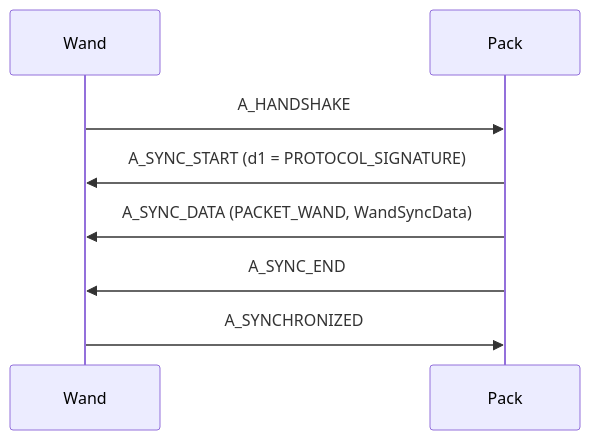
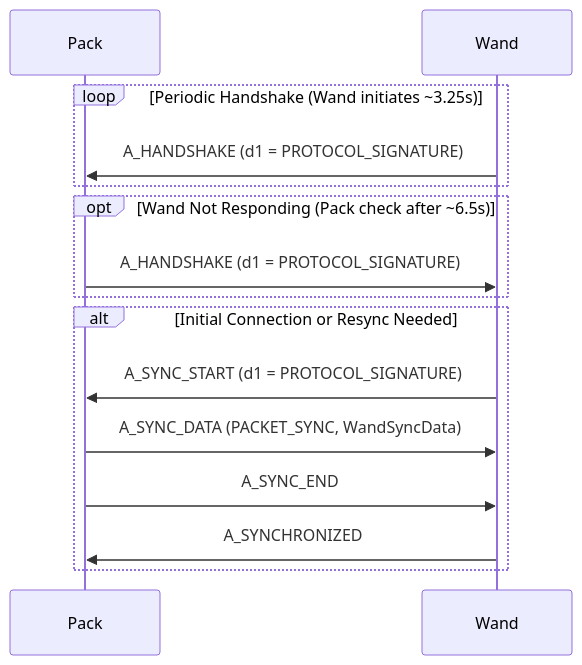
The second of 5 diagrams in source/SharedLib/Communication/API_SEQUENCES.md (GPStarTechnologies/GPStar-Core-Source), drawn with Mermaid before and after one commit. The commit also changed other lines of this file and 30 other files, not shown here.

Commit message:
Update flows, reduce duplicated commands

````diff
--- a/source/SharedLib/Communication/API_SEQUENCES.md
+++ b/source/SharedLib/Communication/API_SEQUENCES.md
@@ -23,11 +29,20 @@
 ```mermaid
 sequenceDiagram
+		participant P as Pack
 		participant W as Wand
-		participant P as Pack
 
-		W->>P: A_HANDSHAKE
-		P->>W: A_SYNC_START (d1 = PROTOCOL_SIGNATURE)
-		P->>W: A_SYNC_DATA (PACKET_WAND, WandSyncData)
-		P->>W: A_SYNC_END
-		W->>P: A_SYNCHRONIZED
+		loop Periodic Handshake (Wand initiates ~3.25s)
+			W->>P: A_HANDSHAKE (d1 = PROTOCOL_SIGNATURE)
+		end
+
+		opt Wand Not Responding (Pack check after ~6.5s)
+			P->>W: A_HANDSHAKE (d1 = PROTOCOL_SIGNATURE)
+		end
+
+		alt Initial Connection or Resync Needed
+			W->>P: A_SYNC_START (d1 = PROTOCOL_SIGNATURE)
+			P->>W: A_SYNC_DATA (PACKET_SYNC, WandSyncData)
+			P->>W: A_SYNC_END
+			W->>P: A_SYNCHRONIZED
+		end
 ```
````
